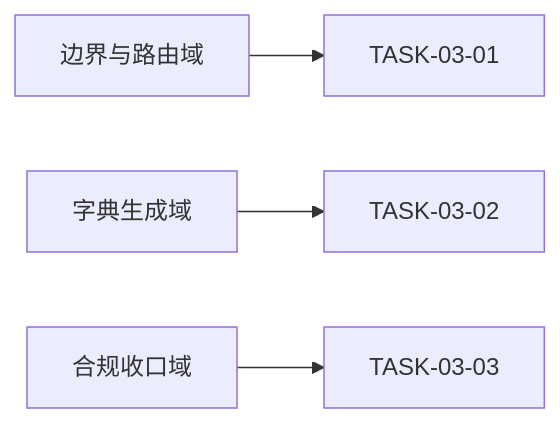
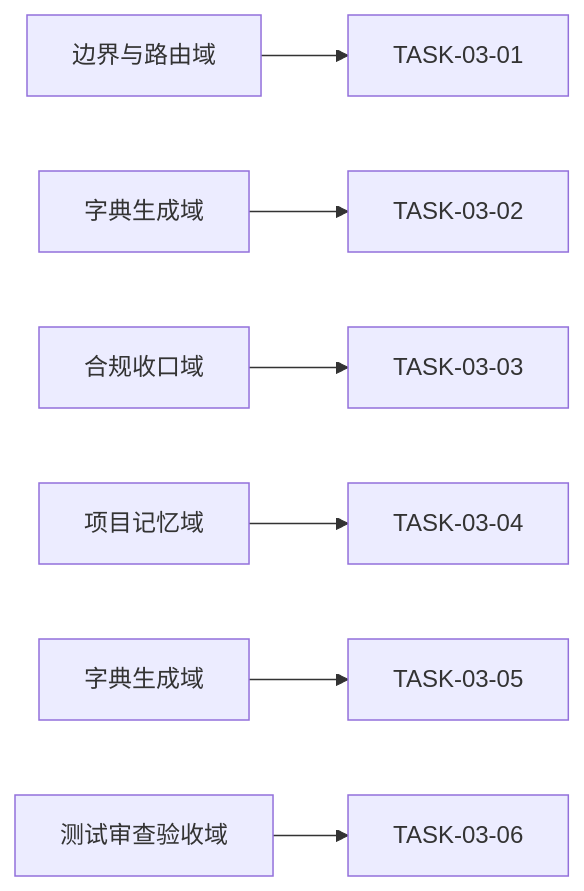
Before and after one commit to luode0320/luode-skills: the second of 2 diagrams in doc/3-实施/2026-07-13_174006_代码风格体系反馈驱动持续迭代_实施周期03_边界路由与收口.md, drawn with Mermaid. The commit also changed other lines of this file and 3 other files, not shown here.

````diff
--- a/doc/3-实施/2026-07-13_174006_代码风格体系反馈驱动持续迭代_实施周期03_边界路由与收口.md
+++ b/doc/3-实施/2026-07-13_174006_代码风格体系反馈驱动持续迭代_实施周期03_边界路由与收口.md
@@ -98,6 +154,9 @@
 ```mermaid
 flowchart LR
     D1[边界与路由域] --> T1[TASK-03-01]
     D2[字典生成域] --> T2[TASK-03-02]
     D3[合规收口域] --> T3[TASK-03-03]
+    D4[项目记忆域] --> T4[TASK-03-04]
+    D5[字典生成域] --> T5[TASK-03-05]
+    D6[测试审查验收域] --> T6[TASK-03-06]
 ```
````
